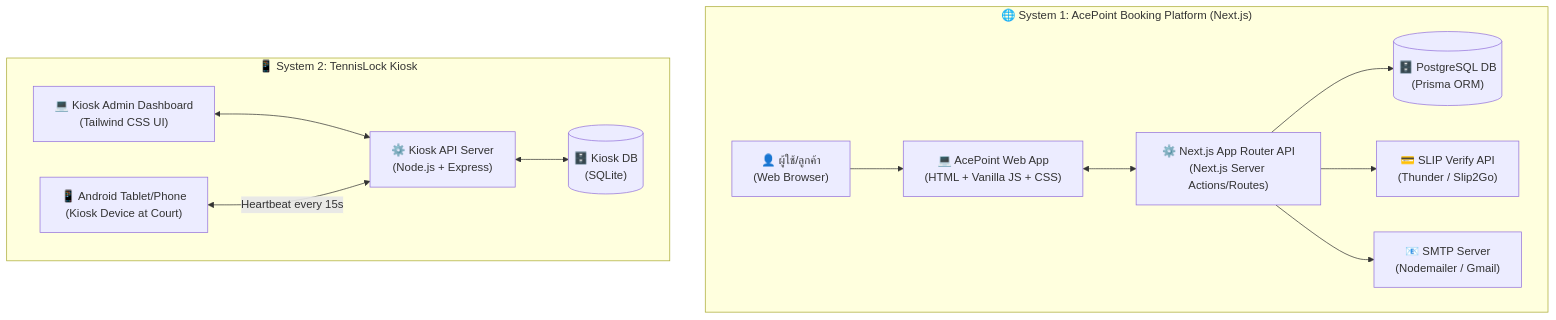
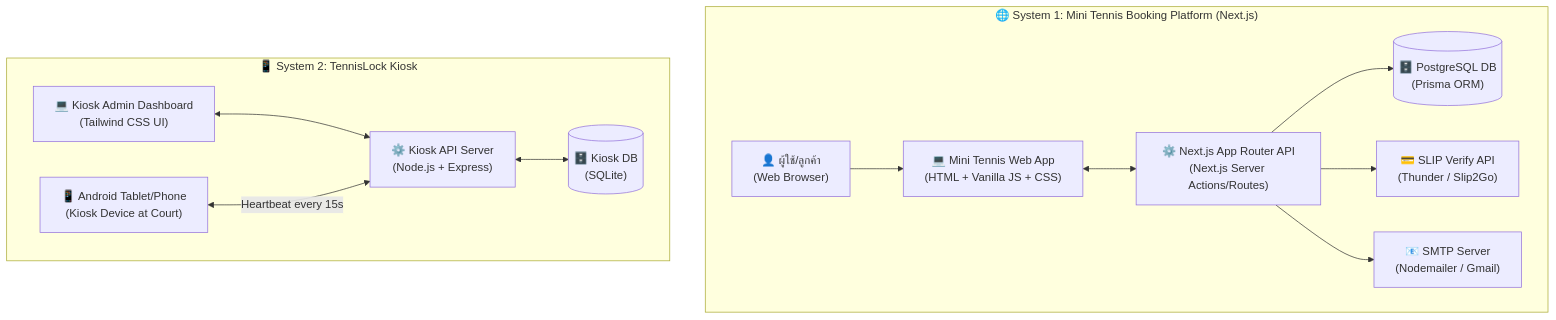
One commit to Entity014/Tennis_App changed the first of 4 diagrams in README.md. Above: the diagram before and after it, drawn with Mermaid. The commit also changed other lines of this file and 1 other file, not shown here.

Commit message:
docs: rename project from AcePoint to Mini Tennis in README files

````diff
--- a/README.md
+++ b/README.md
@@ -15,28 +15,28 @@
 ```mermaid
 graph TD
-    subgraph "🌐 System 1: AcePoint Booking Platform (Next.js)"
+    subgraph "🌐 System 1: Mini Tennis Booking Platform (Next.js)"
         User["👤 ผู้ใช้/ลูกค้า\n(Web Browser)"]
-        BookingWeb["💻 AcePoint Web App\n(HTML + Vanilla JS + CSS)"]
+        BookingWeb["💻 Mini Tennis Web App\n(HTML + Vanilla JS + CSS)"]
         BookingServer["⚙️ Next.js App Router API\n(Next.js Server Actions/Routes)"]
         Database[("🗄️ PostgreSQL DB\n(Prisma ORM)")]
         SlipAPI["💳 SLIP Verify API\n(Thunder / Slip2Go)"]
         SMTP["📧 SMTP Server\n(Nodemailer / Gmail)"]
     end
 
     subgraph "📱 System 2: TennisLock Kiosk"
         KioskDevice["📱 Android Tablet/Phone\n(Kiosk Device at Court)"]
         LockServer["⚙️ Kiosk API Server\n(Node.js + Express)"]
         KioskDB[("🗄️ Kiosk DB\n(SQLite)")]
         AdminDash["💻 Kiosk Admin Dashboard\n(Tailwind CSS UI)"]
     end
 
     User --> BookingWeb
     BookingWeb <--> BookingServer
     BookingServer --> Database
     BookingServer --> SlipAPI
     BookingServer --> SMTP
 
     AdminDash <--> LockServer
     LockServer <--> KioskDB
     KioskDevice <-->|"Heartbeat every 15s"| LockServer
 ```
````
